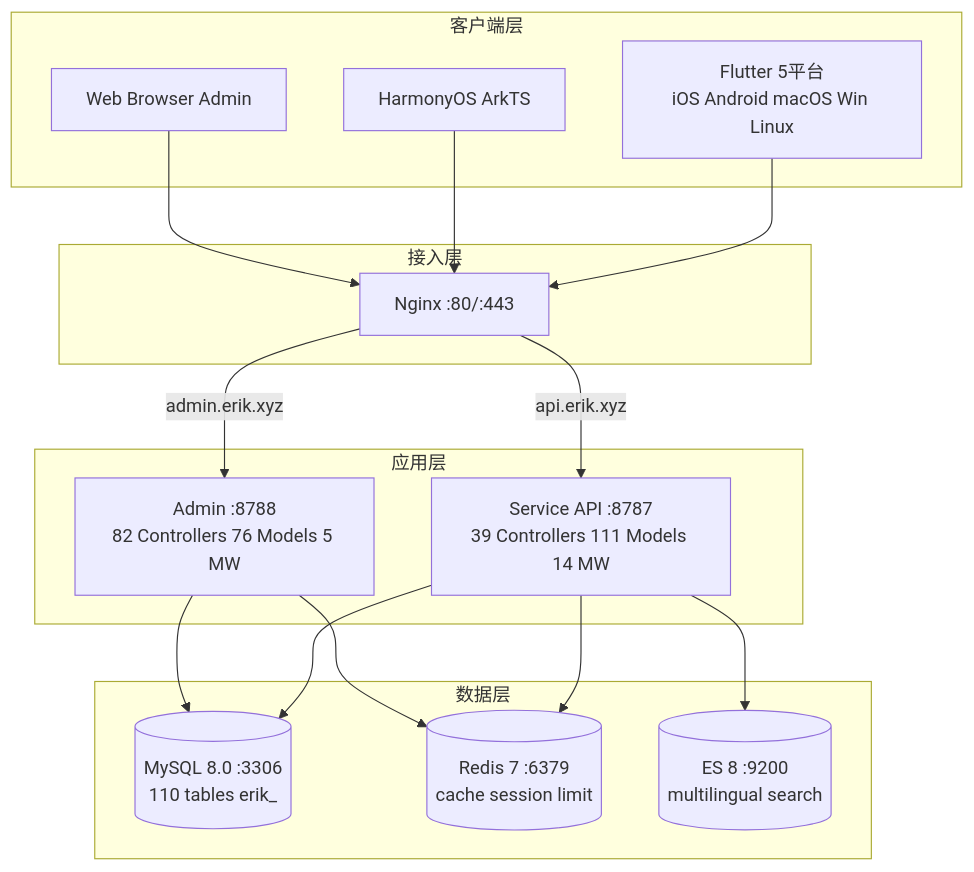
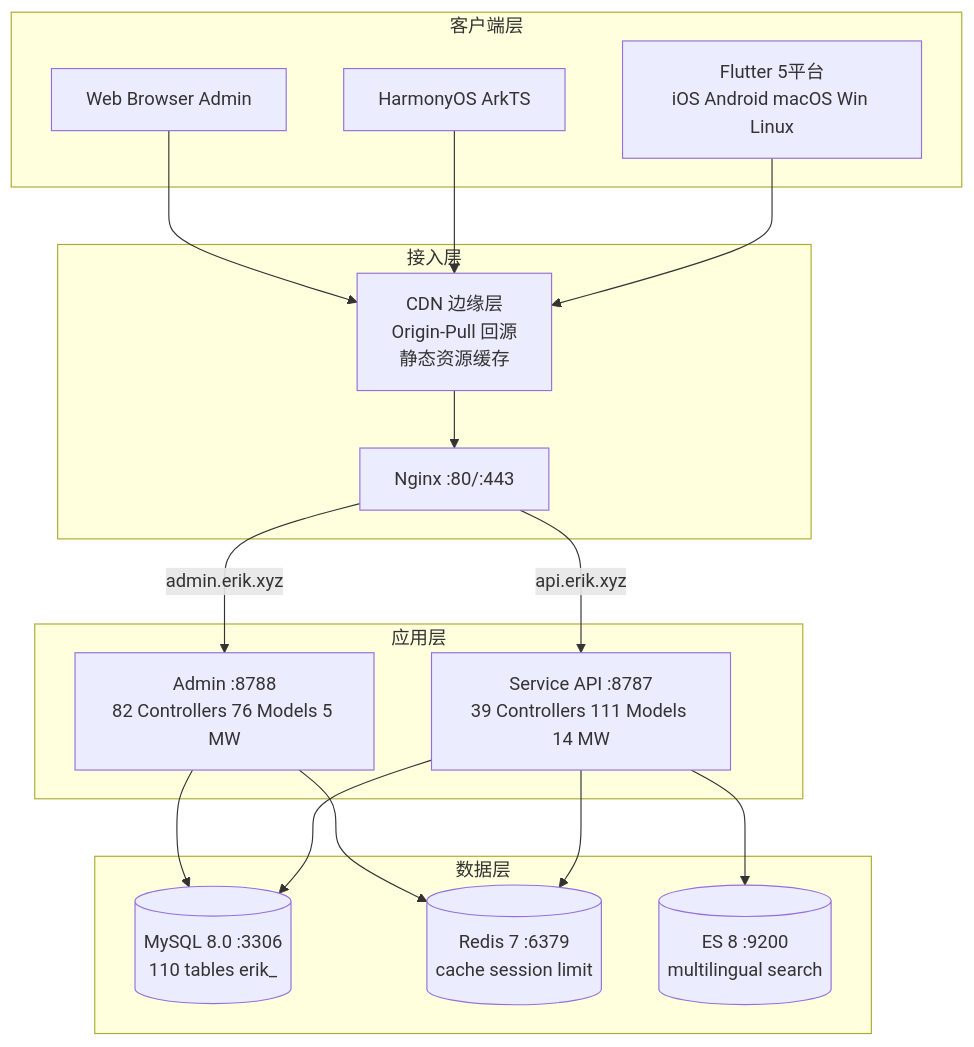
One commit to erikwang2013/erik-shop changed the first of 6 diagrams in docs/architecture-full.md. Above: the diagram before and after it, drawn with Mermaid. The commit also changed other lines of this file and 191 other files, not shown here.

First line of the commit message:
v1.2.0：CDN 内容分发接入（Origin-Pull 回源 + 四大云厂商适配 + 管理端配置/刷新/日志 + 上传持久化 + 全文档与12语言i18n同步 + Crypto 捐赠图文入库）

````diff
--- a/docs/architecture-full.md
+++ b/docs/architecture-full.md
@@ -38,30 +38,30 @@
 ```mermaid
 graph TD
     subgraph Clients[客户端层]
         F[Flutter 5平台<br/>iOS Android macOS Win Linux]
         H[HarmonyOS ArkTS]
         W[Web Browser Admin]
     end
     subgraph Gateway[接入层]
+        C[CDN 边缘层<br/>Origin-Pull 回源<br/>静态资源缓存]
         N[Nginx :80/:443]
     end
     subgraph Apps[应用层]
         S[Service API :8787<br/>39 Controllers 111 Models 14 MW]
         A[Admin :8788<br/>82 Controllers 76 Models 5 MW]
     end
     subgraph Data[数据层]
         M[(MySQL 8.0 :3306<br/>110 tables erik_)]
         R[(Redis 7 :6379<br/>cache session limit)]
         E[(ES 8 :9200<br/>multilingual search)]
     end
-    F --> N
-    H --> N
-    W --> N
+    F & H & W --> C
+    C --> N
     N -->|api.erik.xyz| S
     N -->|admin.erik.xyz| A
     S --> M
     S --> R
     S --> E
     A --> M
     A --> R
 ```
````
